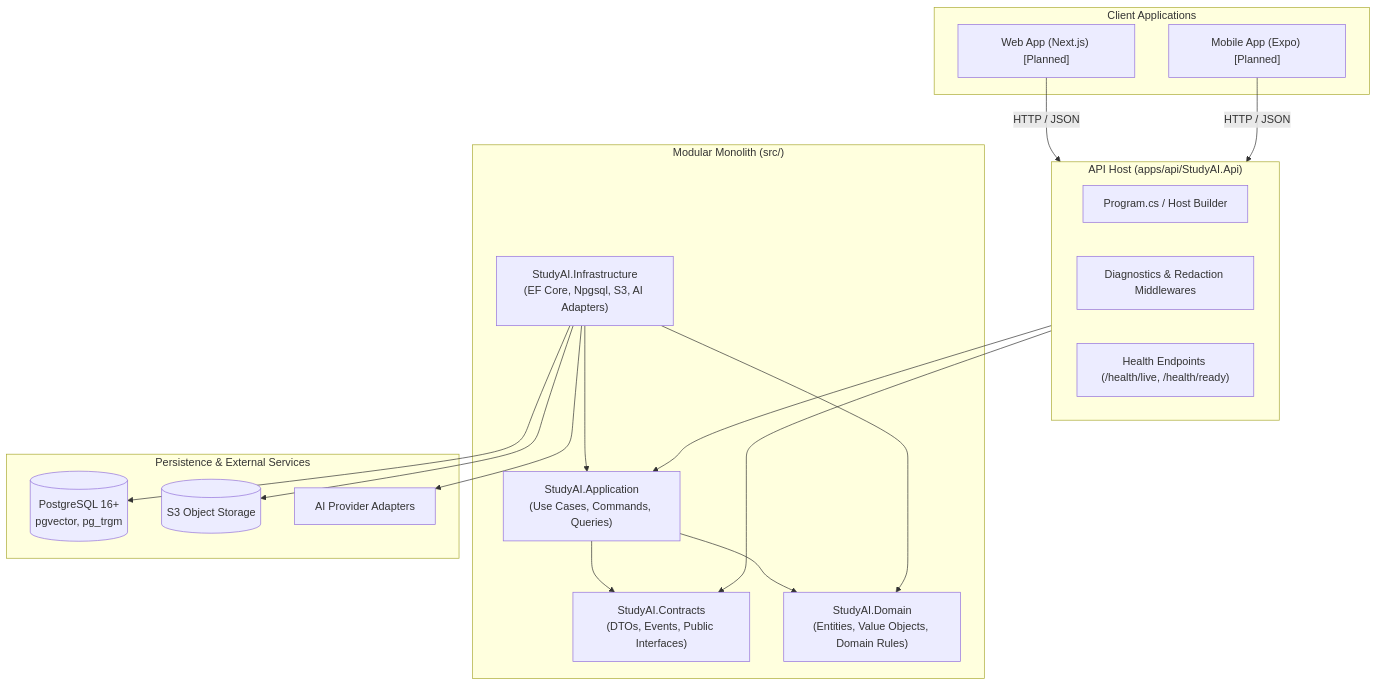
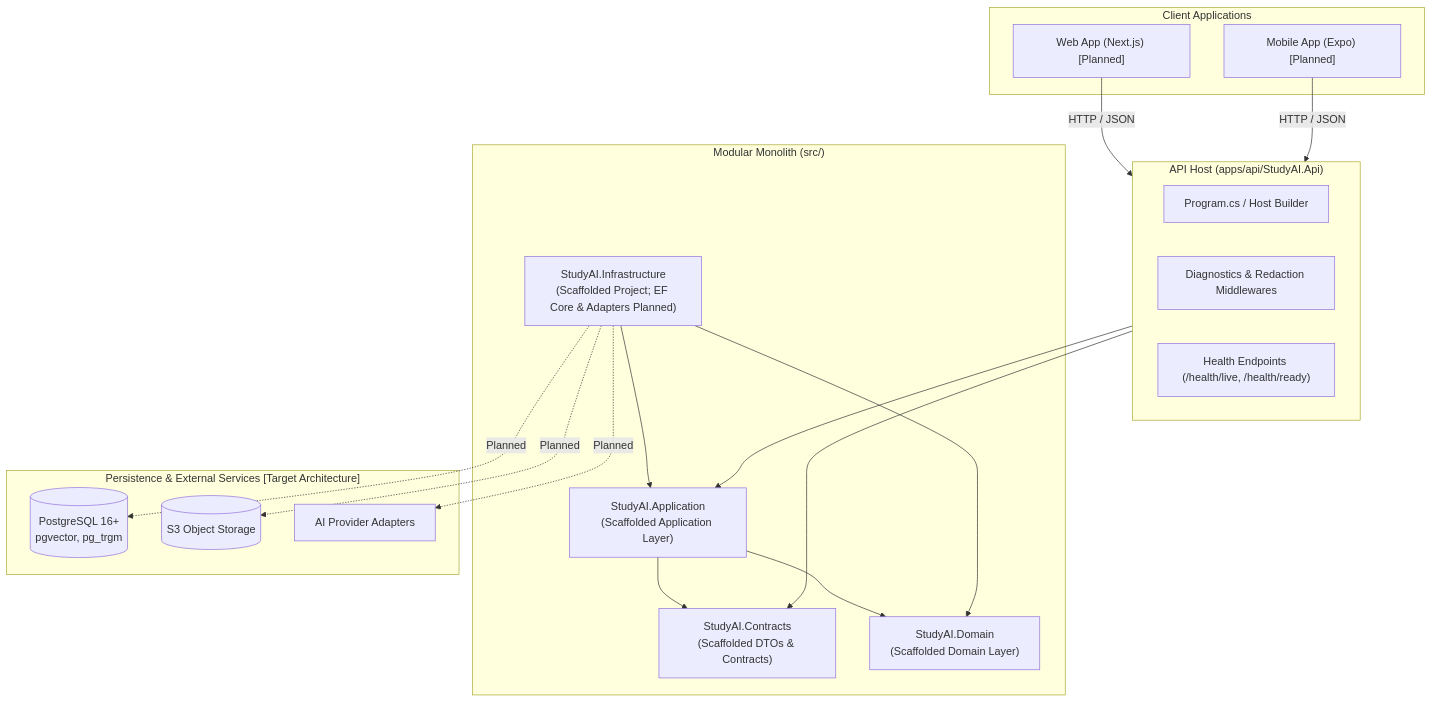
Before and after one commit to sulthanfav/StudyAI: the first of 3 diagrams in SYSTEM_MAP.md, drawn with Mermaid. The commit also changed other lines of this file and 17 other files, not shown here.

````diff
--- a/SYSTEM_MAP.md
+++ b/SYSTEM_MAP.md
@@ -56,38 +56,38 @@
 ```mermaid
 graph TD
     subgraph Clients ["Client Applications"]
         Web["Web App (Next.js) [Planned]"]
         Mobile["Mobile App (Expo) [Planned]"]
     end
 
     subgraph Host ["API Host (apps/api/StudyAI.Api)"]
         Program["Program.cs / Host Builder"]
         Middlewares["Diagnostics & Redaction Middlewares"]
         Health["Health Endpoints (/health/live, /health/ready)"]
     end
 
     subgraph Modules ["Modular Monolith (src/)"]
-        Contracts["StudyAI.Contracts<br/>(DTOs, Events, Public Interfaces)"]
-        Application["StudyAI.Application<br/>(Use Cases, Commands, Queries)"]
-        Domain["StudyAI.Domain<br/>(Entities, Value Objects, Domain Rules)"]
-        Infrastructure["StudyAI.Infrastructure<br/>(EF Core, Npgsql, S3, AI Adapters)"]
+        Contracts["StudyAI.Contracts<br/>(Scaffolded DTOs & Contracts)"]
+        Application["StudyAI.Application<br/>(Scaffolded Application Layer)"]
+        Domain["StudyAI.Domain<br/>(Scaffolded Domain Layer)"]
+        Infrastructure["StudyAI.Infrastructure<br/>(Scaffolded Project; EF Core & Adapters Planned)"]
     end
 
-    subgraph Data ["Persistence & External Services"]
+    subgraph Data ["Persistence & External Services [Target Architecture]"]
         Postgres[(PostgreSQL 16+<br/>pgvector, pg_trgm)]
         S3[(S3 Object Storage)]
         AIGateway[AI Provider Adapters]
     end
 
     Web -->|HTTP / JSON| Host
     Mobile -->|HTTP / JSON| Host
     Host --> Application
     Host --> Contracts
     Application --> Domain
     Application --> Contracts
     Infrastructure --> Application
     Infrastructure --> Domain
-    Infrastructure --> Postgres
-    Infrastructure --> S3
-    Infrastructure --> AIGateway
+    Infrastructure -.->|Planned| Postgres
+    Infrastructure -.->|Planned| S3
+    Infrastructure -.->|Planned| AIGateway
 ```
````
